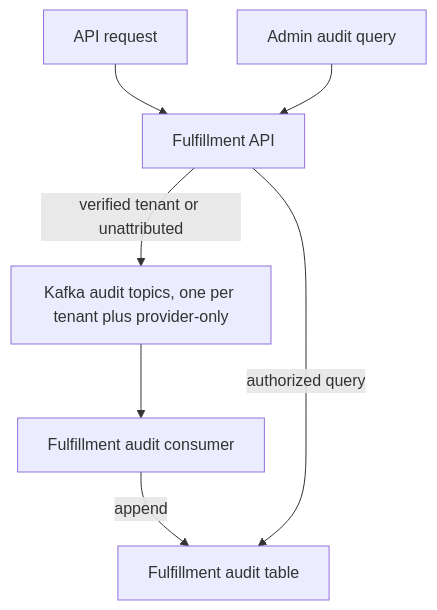
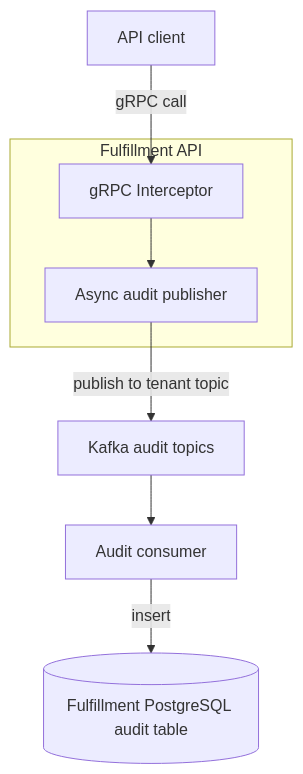
One commit to osac-project/enhancement-proposals changed the first of 2 diagrams in enhancements/OSAC-63-audit-log-api/design.md. Above: the diagram before and after it, drawn with Mermaid. The commit also changed other lines of this file, not shown here.

Commit message:
OSAC-63: publish moved audit design

````diff
--- a/enhancements/OSAC-63-audit-log-api/design.md
+++ b/enhancements/OSAC-63-audit-log-api/design.md
@@ -42,9 +44,11 @@
 ```mermaid
 flowchart TB
-  Request["API request"] --> Fulfillment["Fulfillment API"]
-  Admin["Admin audit query"] --> Fulfillment
-  Fulfillment -->|verified tenant or unattributed| AuditTopics["Kafka audit topics, one per tenant plus provider-only"]
-  AuditTopics --> AuditConsumer["Fulfillment audit consumer"]
-  AuditConsumer -->|append| AuditTable["Fulfillment audit table"]
-  Fulfillment -->|authorized query| AuditTable
+  Client[API client] -->|gRPC call| GrpcInterceptor
+  subgraph FulfillmentAPI[Fulfillment API]
+    GrpcInterceptor["gRPC Interceptor"]
+    GrpcInterceptor --> Publisher[Async audit publisher]
+  end
+  Publisher -->|publish to tenant topic| Topics[Kafka audit topics]
+  Topics --> Consumer[Audit consumer]
+  Consumer -->|insert| DB[(Fulfillment PostgreSQL audit table)]
 ```
````
